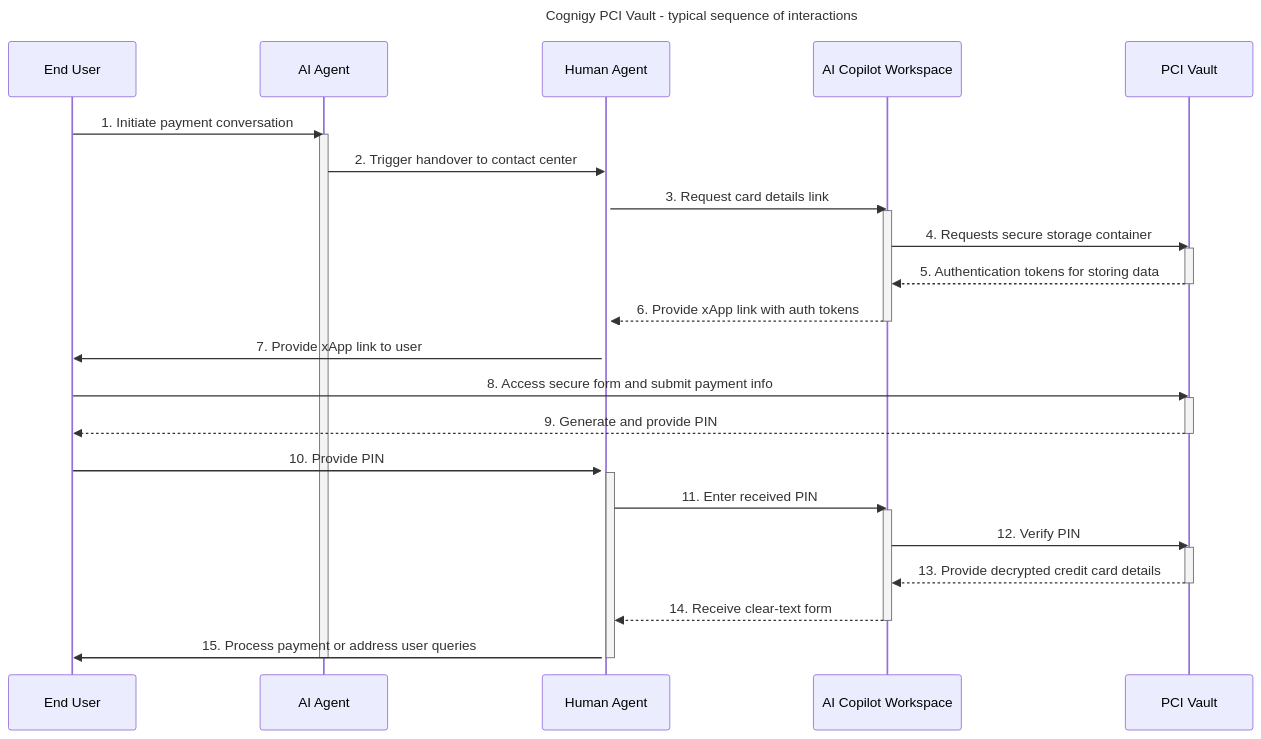
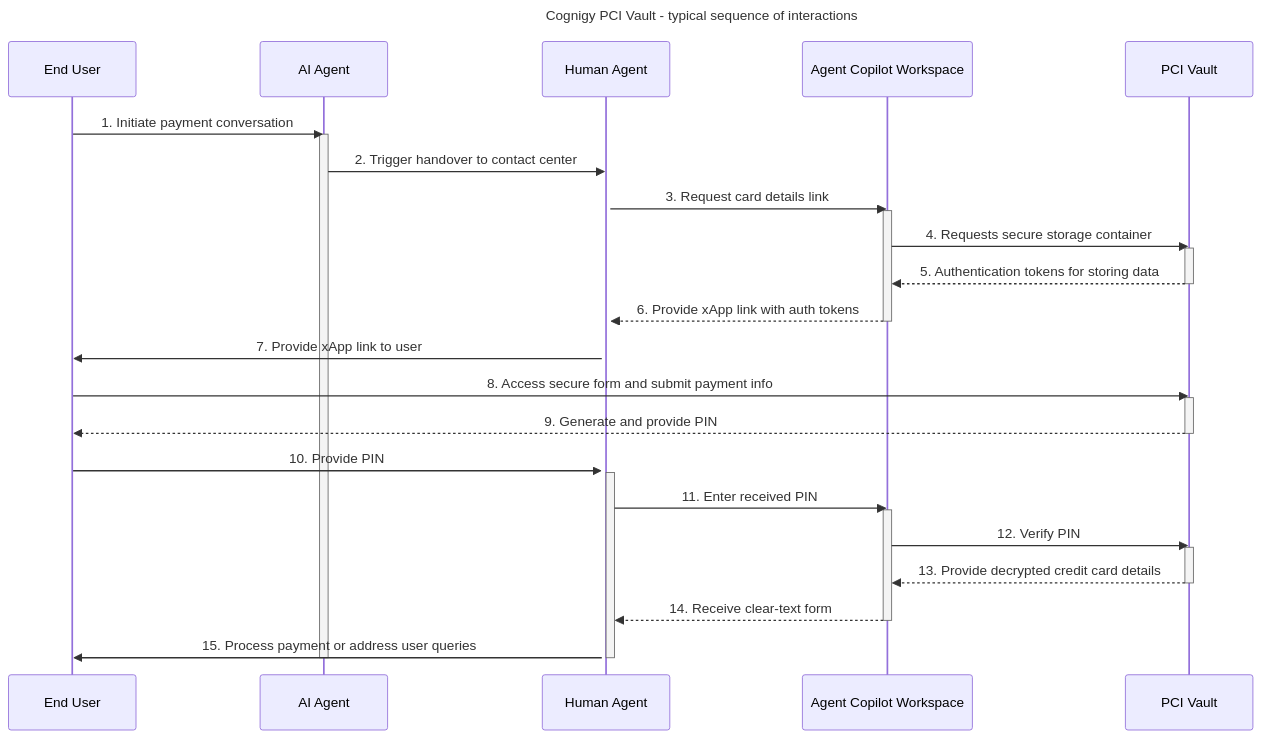
One commit to Cognigy/Documentation changed the diagram in docs/pci-vault/overview.md. Above: the diagram before and after it, drawn with Mermaid. The commit also changed other lines of this file and 127 other files, not shown here.

````diff
--- a/docs/pci-vault/overview.md
+++ b/docs/pci-vault/overview.md
@@ -22,48 +22,48 @@
 ```mermaid
 sequenceDiagram
 title Cognigy PCI Vault - typical sequence of interactions
 
 participant User as End User
 participant VirtualAgent as AI Agent
 participant ContactCenterAgent as Human Agent
-participant AICopilot as AI Copilot Workspace
+participant AICopilot as Agent Copilot Workspace
 participant PCIVault as PCI Vault
 
 User->>VirtualAgent: 1. Initiate payment conversation
 activate VirtualAgent
 
 VirtualAgent->>ContactCenterAgent: 2. Trigger handover to contact center
 activate ContactCenterAgent
 
 ContactCenterAgent->>AICopilot: 3. Request card details link
 activate AICopilot
 AICopilot->>PCIVault: 4. Requests secure storage container
 activate PCIVault
 PCIVault-->>AICopilot: 5. Authentication tokens for storing data
 deactivate PCIVault
 AICopilot-->>ContactCenterAgent: 6. Provide xApp link with auth tokens
 deactivate AICopilot
 
 ContactCenterAgent->>User: 7. Provide xApp link to user
 
 User->>PCIVault: 8. Access secure form and submit payment info
 activate PCIVault
 PCIVault-->>User: 9. Generate and provide PIN
 deactivate PCIVault
 
 User->>ContactCenterAgent: 10. Provide PIN
 activate ContactCenterAgent
 ContactCenterAgent->>AICopilot: 11. Enter received PIN
 activate AICopilot
 AICopilot->>PCIVault: 12. Verify PIN
 activate PCIVault
 PCIVault-->>AICopilot: 13. Provide decrypted credit card details
 deactivate PCIVault
 AICopilot-->>ContactCenterAgent: 14. Receive clear-text form
 deactivate AICopilot
 
 ContactCenterAgent->>User: 15. Process payment or address user queries
 
 deactivate ContactCenterAgent
 deactivate VirtualAgent
 ```
````
